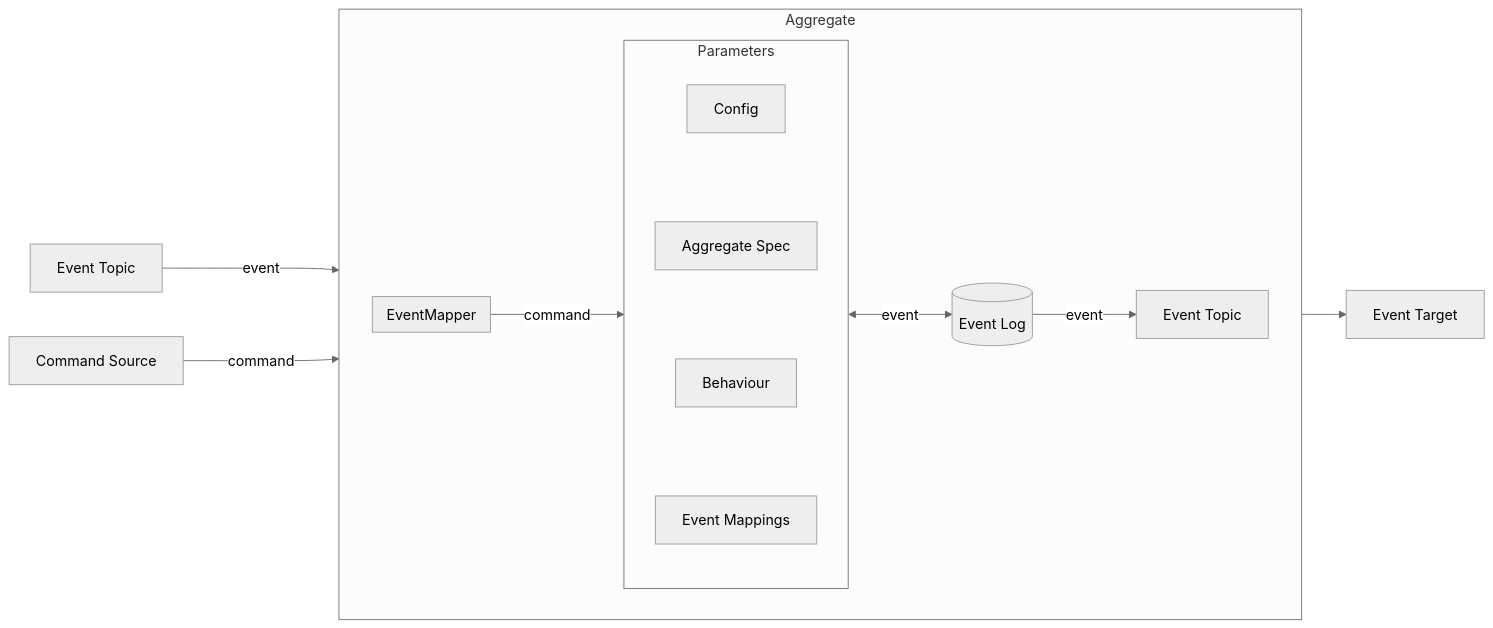
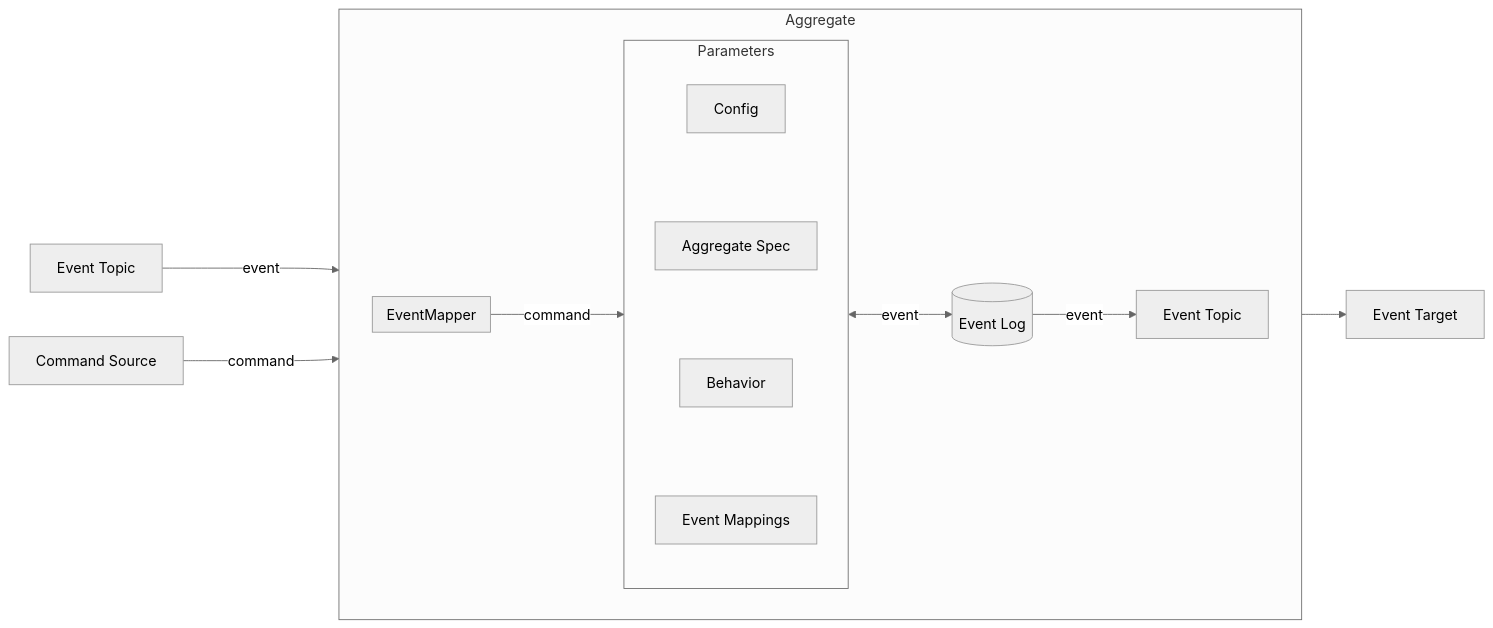
The first of 3 diagrams in packages/doc/docs/reventless-components/aggregate.md (ReventlessDev/reventless-core), drawn with Mermaid (neutral theme) before and after one commit. The commit also changed other lines of this file and 45 other files, not shown here.

First line of the commit message:
refactor: rename Behaviour to Behavior (British to American spelling)

````diff
--- a/packages/doc/docs/reventless-components/aggregate.md
+++ b/packages/doc/docs/reventless-components/aggregate.md
@@ -13,41 +13,41 @@
 ```mermaid
 flowchart LR
 CommandSource[Command Source]:::source
 EventLog[(Event Log)]:::eventlog
 EventMapper[Event Mapper]:::eventmapper
 EventTarget[Event Target]:::target
 EventTopicIn[Event Topic]:::eventtopic
 EventTopicOut[Event Topic]:::eventtopic
 
 EventTopicIn --->|event| EventMapper
 CommandSource --->|command| Params
 
 subgraph GenericAggregate [Aggregate]
   direction LR
 
   subgraph Params [Parameters]
       direction TB
       Spec[Aggregate Spec]:::parameter
-      Behaviour[Behaviour]:::parameter
+      Behavior[Behavior]:::parameter
       Config[Config]:::parameter
       EventMappings[Event Mappings]:::parameter
 
       Config ~~~ Spec
-      Spec ~~~ Behaviour
-      Behaviour ~~~ EventMappings
+      Spec ~~~ Behavior
+      Behavior ~~~ EventMappings
 
   end
   Params:::aggregate
 
   subgraph EventMapper
     direction TB
   end
   EventMapper:::eventmapper
 
   EventMapper -->|command| Params
   Params <-->|event| EventLog
   EventLog -->|event| EventTopicOut
 end
 GenericAggregate:::aggregate
 EventTopicOut --> EventTarget
 ```
````
